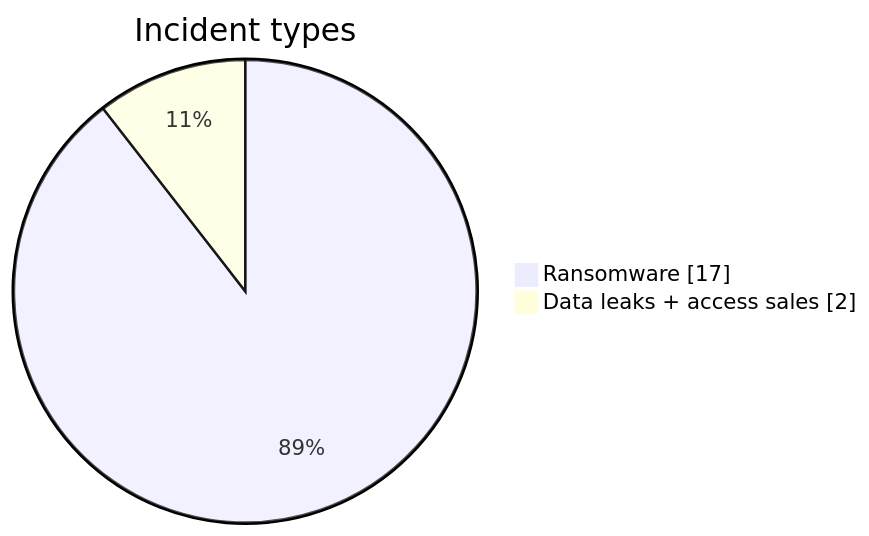
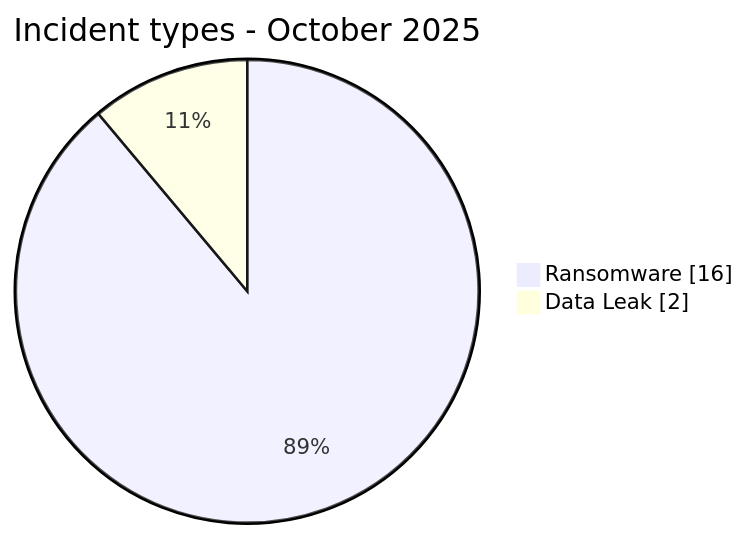
The first of 3 diagrams in CyberAttackAfrica/2025/10-october/README.md (Hatchepsoute/AFRINTEL), drawn with Mermaid before and after one commit. The commit also changed other lines of this file and 35 other files, not shown here.

````diff
--- a/CyberAttackAfrica/2025/10-october/README.md
+++ b/CyberAttackAfrica/2025/10-october/README.md
@@ -202,6 +70,6 @@
 ```mermaid
 pie showData
-    title Incident types
-    "Ransomware" : 17
-    "Data leaks + access sales" : 2
+    title Incident types - October 2025
+    "Ransomware" : 16
+    "Data Leak" : 2
 ```
````
